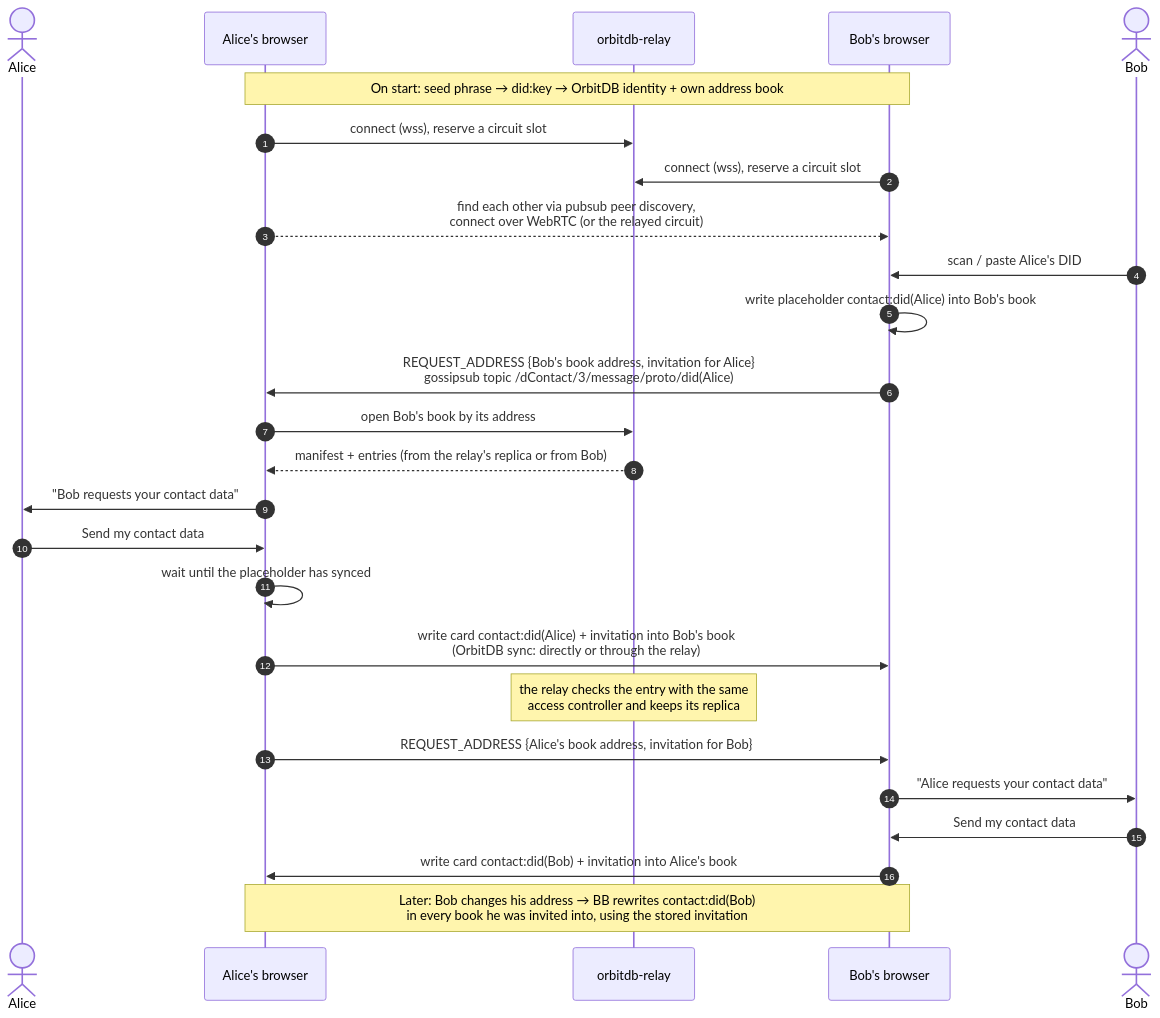
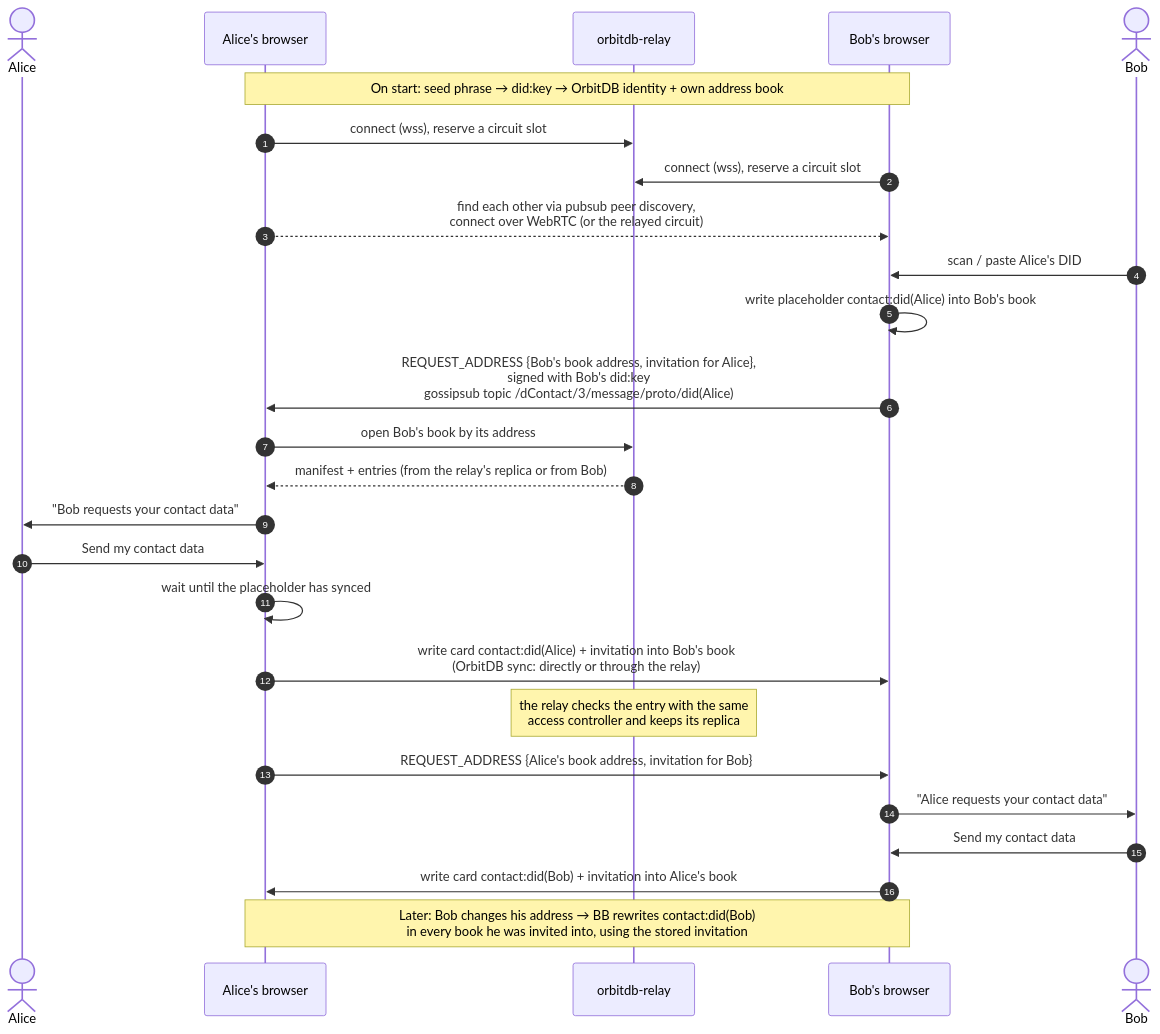
One commit to NiKrause/deContact changed the second of 2 diagrams in docs/how-it-works.md. Above: the diagram before and after it, drawn with Mermaid. The commit also changed other lines of this file and 7 other files, not shown here.

First line of the commit message:
Sign contact requests with the sender's DID; one-time invitation links

````diff
--- a/docs/how-it-works.md
+++ b/docs/how-it-works.md
@@ -46,33 +46,33 @@
 ```mermaid
 sequenceDiagram
     autonumber
     actor Alice
     participant AB as Alice's browser
     participant R as orbitdb-relay
     participant BB as Bob's browser
     actor Bob
 
     Note over AB,BB: On start: seed phrase → did:key → OrbitDB identity + own address book
     AB->>R: connect (wss), reserve a circuit slot
     BB->>R: connect (wss), reserve a circuit slot
     AB-->>BB: find each other via pubsub peer discovery,<br/>connect over WebRTC (or the relayed circuit)
 
     Bob->>BB: scan / paste Alice's DID
     BB->>BB: write placeholder contact:did(Alice) into Bob's book
-    BB->>AB: REQUEST_ADDRESS {Bob's book address, invitation for Alice}<br/>gossipsub topic /dContact/3/message/proto/did(Alice)
+    BB->>AB: REQUEST_ADDRESS {Bob's book address, invitation for Alice},<br/>signed with Bob's did:key<br/>gossipsub topic /dContact/3/message/proto/did(Alice)
 
     AB->>R: open Bob's book by its address
     R-->>AB: manifest + entries (from the relay's replica or from Bob)
     AB->>Alice: "Bob requests your contact data"
     Alice->>AB: Send my contact data
     AB->>AB: wait until the placeholder has synced
     AB->>BB: write card contact:did(Alice) + invitation into Bob's book<br/>(OrbitDB sync: directly or through the relay)
     Note over R: the relay checks the entry with the same<br/>access controller and keeps its replica
 
     AB->>BB: REQUEST_ADDRESS {Alice's book address, invitation for Bob}
     BB->>Bob: "Alice requests your contact data"
     Bob->>BB: Send my contact data
     BB->>AB: write card contact:did(Bob) + invitation into Alice's book
 
     Note over AB,BB: Later: Bob changes his address → BB rewrites contact:did(Bob)<br/>in every book he was invited into, using the stored invitation
 ```
````
